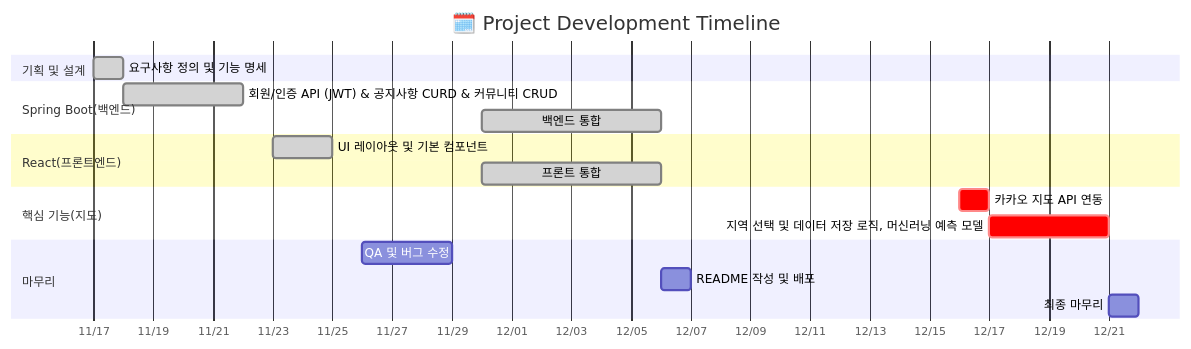
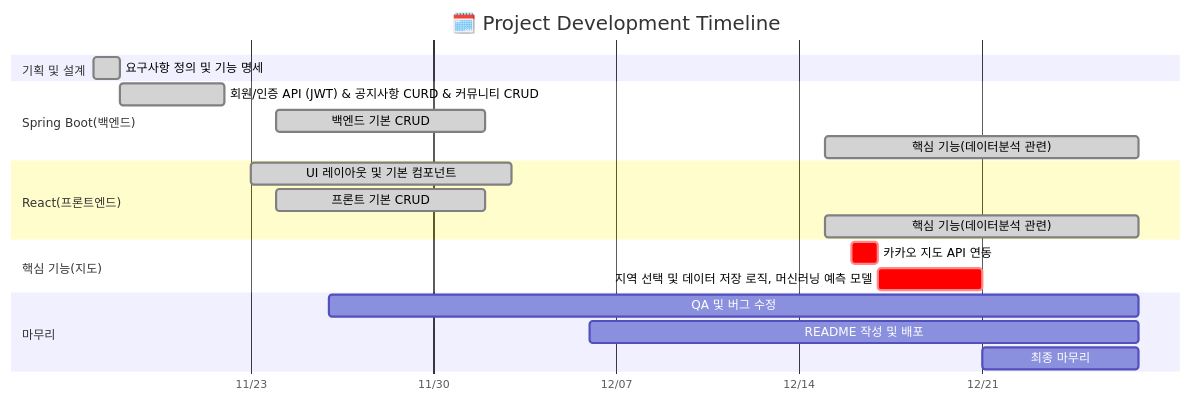
One commit to rombird/JOB-A-YO changed the diagram in README.md. Above: the diagram before and after it, drawn with Mermaid. The commit also changed other lines of this file, not shown here.

Commit message:
Revise project duration and update milestones
Updated project timeline and removed outdated content.

````diff
--- a/README.md
+++ b/README.md
@@ -349,26 +344,28 @@
 ```mermaid
 gantt
     title 🗓️ Project Development Timeline
     dateFormat  YYYY-MM-DD
     axisFormat  %m/%d
 
     section 기획 및 설계
     요구사항 정의 및 기능 명세      :done, des1, 2025-11-17, 2025-11-18
     
     section Spring Boot(백엔드)
     회원/인증 API (JWT) & 공지사항 CURD & 커뮤니티 CRUD         :done, be1, 2025-11-18, 2025-11-22
-    백엔드 통합                                               : done, be2, 2025-11-30, 2025-12-06
+    백엔드 기본 CRUD                                         : done, be2, 2025-11-24, 2025-12-02
+    핵심 기능(데이터분석 관련)    :done, be3, 2025-12-15, 2025-12-27
     
     section React(프론트엔드)
-    UI 레이아웃 및 기본 컴포넌트    :done, fe1, 2025-11-23, 2025-11-25
-    프론트 통합                   : done, fe2, 2025-11-30, 2025-12-06
+    UI 레이아웃 및 기본 컴포넌트    :done, fe1, 2025-11-23, 2025-12-03
+    프론트 기본 CRUD              :done, fe2, 2025-11-24, 2025-12-02
+    핵심 기능(데이터분석 관련)    :done, fe3, 2025-12-15, 2025-12-27
     
     section 핵심 기능(지도)
     카카오 지도 API 연동          :crit, map1, 2025-12-16, 2025-12-17
     지역 선택 및 데이터 저장 로직, 머신러닝 예측 모델    :crit, map2, 2025-12-17, 2025-12-21
      
     section 마무리
-    QA 및 버그 수정              : 2025-11-26, 2025-11-29
-    README 작성 및 배포          : 2025-12-06, 2025-12-07
-    최종 마무리                  : 2025-12-21, 2025-12-22
+    QA 및 버그 수정              : 2025-11-26, 2025-12-27
+    README 작성 및 배포          : 2025-12-06, 2025-12-27
+    최종 마무리                  : 2025-12-21, 2025-12-27
 ```
````
